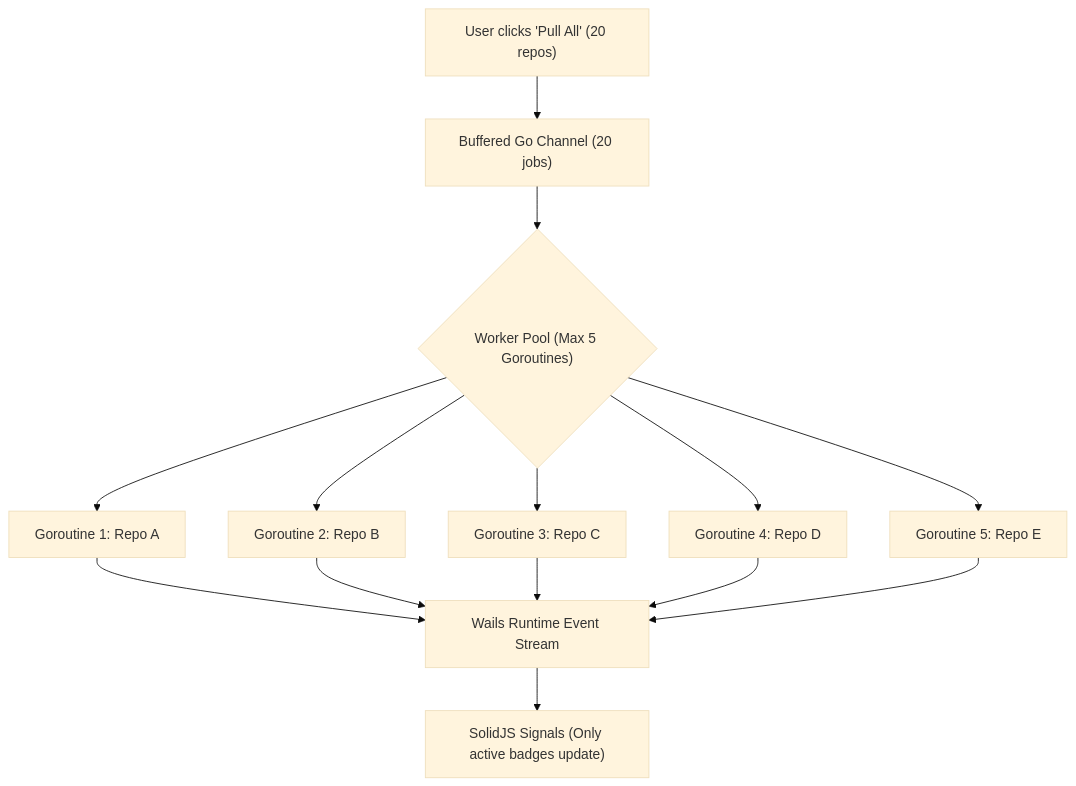
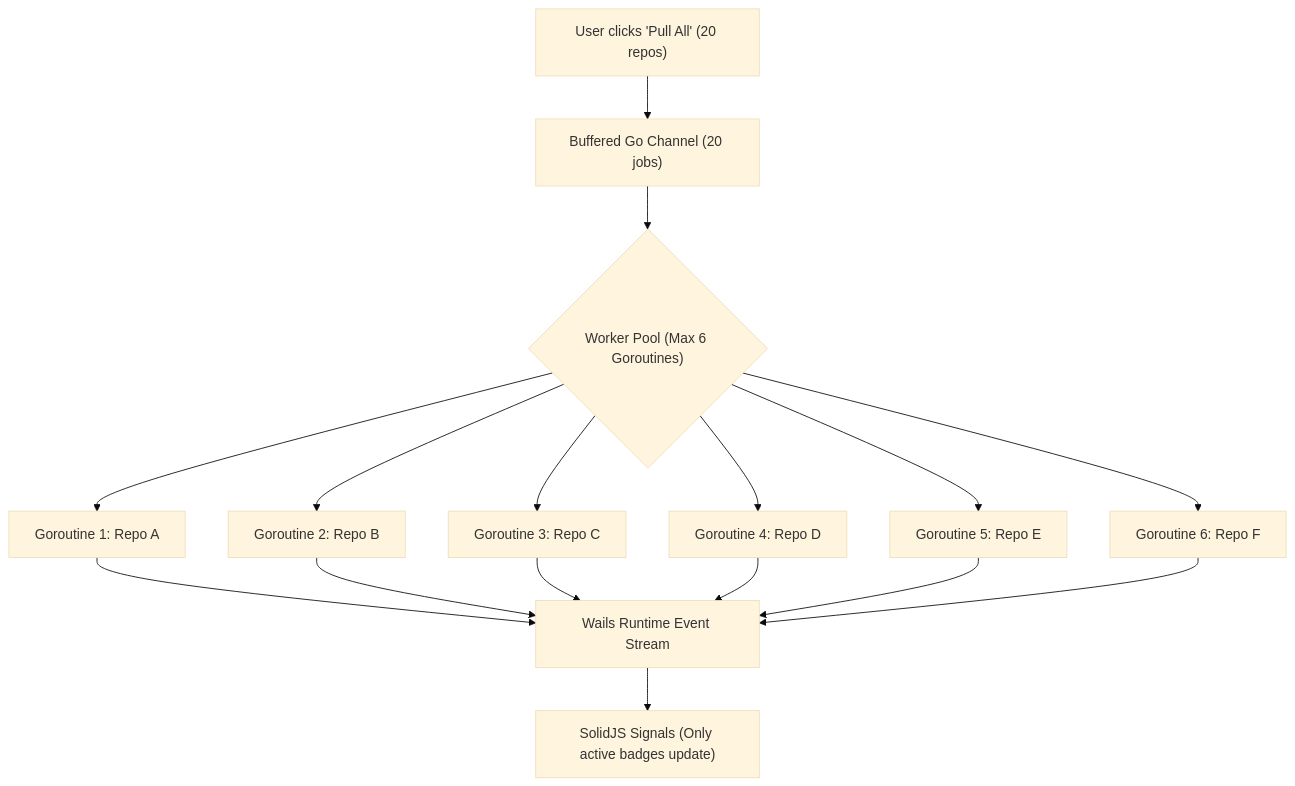
One commit to prostiate/onogitree changed the diagram in docs/technical_challenges_and_considerations.md. Above: the diagram before and after it, drawn with Mermaid (base theme). The commit also changed other lines of this file and 5 other files, not shown here.

````diff
--- a/docs/technical_challenges_and_considerations.md
+++ b/docs/technical_challenges_and_considerations.md
@@ -22,16 +22,18 @@
 ```mermaid
 flowchart TD
     UserClick["User clicks 'Pull All' (20 repos)"] --> JobChan["Buffered Go Channel (20 jobs)"]
-    JobChan --> Pool{"Worker Pool (Max 5 Goroutines)"}
+    JobChan --> Pool{"Worker Pool (Max 6 Goroutines)"}
     Pool --> W1["Goroutine 1: Repo A"]
     Pool --> W2["Goroutine 2: Repo B"]
     Pool --> W3["Goroutine 3: Repo C"]
     Pool --> W4["Goroutine 4: Repo D"]
     Pool --> W5["Goroutine 5: Repo E"]
+    Pool --> W6["Goroutine 6: Repo F"]
     W1 --> EventStream["Wails Runtime Event Stream"]
     W2 --> EventStream
     W3 --> EventStream
     W4 --> EventStream
     W5 --> EventStream
+    W6 --> EventStream
     EventStream --> SolidSignals["SolidJS Signals (Only active badges update)"]
 ```
````
